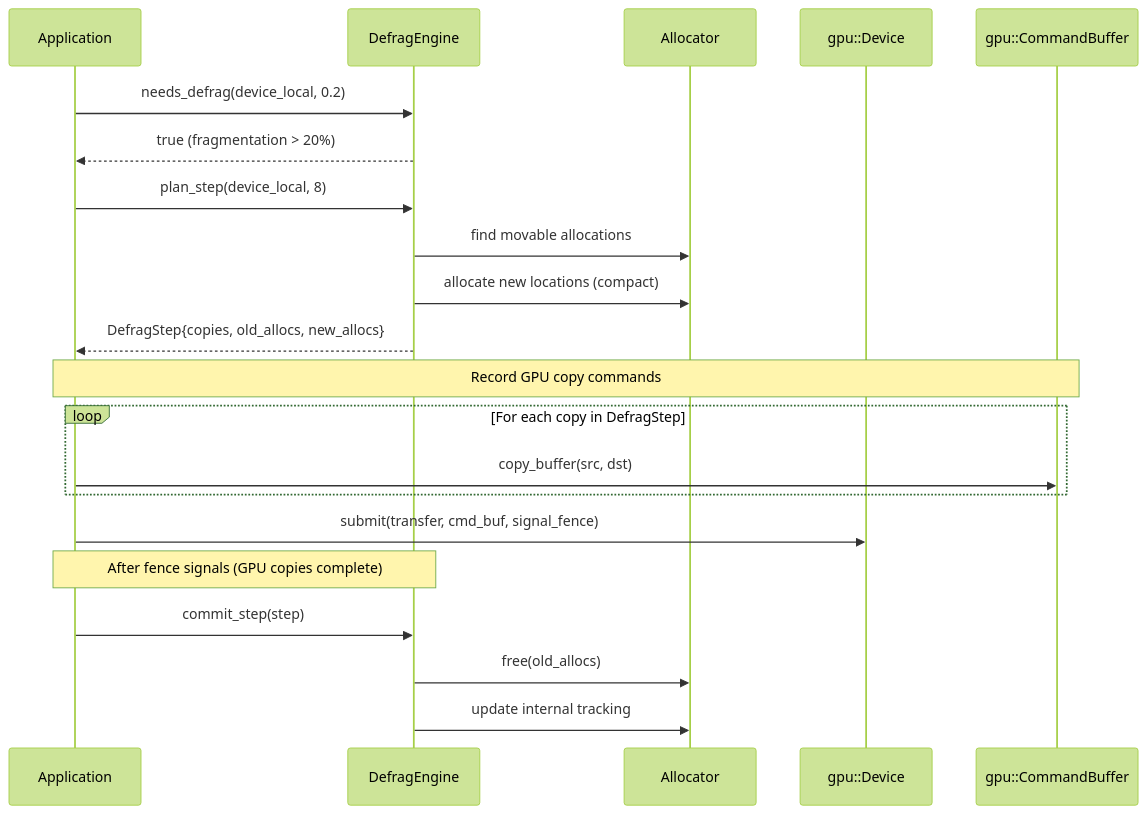
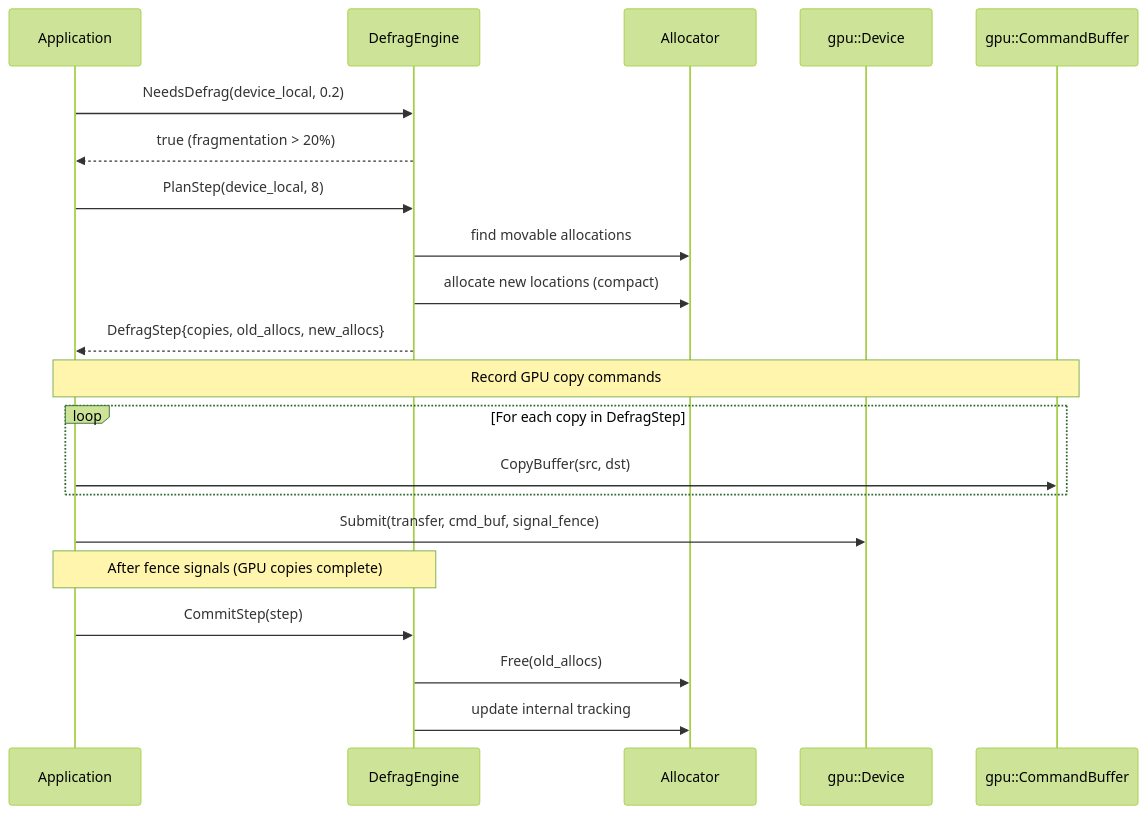
One commit to harmonius-dev/harmonius changed the third of 11 diagrams in docs/design/gpu-runtime-classes.md. Above: the diagram before and after it, drawn with Mermaid (forest theme). The commit also changed other lines of this file and 67 other files, not shown here.

````diff
--- a/docs/design/gpu-runtime-classes.md
+++ b/docs/design/gpu-runtime-classes.md
@@ -284,27 +284,27 @@
 ```mermaid
 sequenceDiagram
     participant App as Application
     participant DE as DefragEngine
     participant A as Allocator
     participant GPU as gpu::Device
     participant CB as gpu::CommandBuffer
 
-    App->>DE: needs_defrag(device_local, 0.2)
+    App->>DE: NeedsDefrag(device_local, 0.2)
     DE-->>App: true (fragmentation > 20%)
 
-    App->>DE: plan_step(device_local, 8)
+    App->>DE: PlanStep(device_local, 8)
     DE->>A: find movable allocations
     DE->>A: allocate new locations (compact)
     DE-->>App: DefragStep{copies, old_allocs, new_allocs}
 
     Note over App,CB: Record GPU copy commands
     loop For each copy in DefragStep
-        App->>CB: copy_buffer(src, dst)
+        App->>CB: CopyBuffer(src, dst)
     end
-    App->>GPU: submit(transfer, cmd_buf, signal_fence)
+    App->>GPU: Submit(transfer, cmd_buf, signal_fence)
 
     Note over App,DE: After fence signals (GPU copies complete)
-    App->>DE: commit_step(step)
-    DE->>A: free(old_allocs)
+    App->>DE: CommitStep(step)
+    DE->>A: Free(old_allocs)
     DE->>A: update internal tracking
 ```
````
